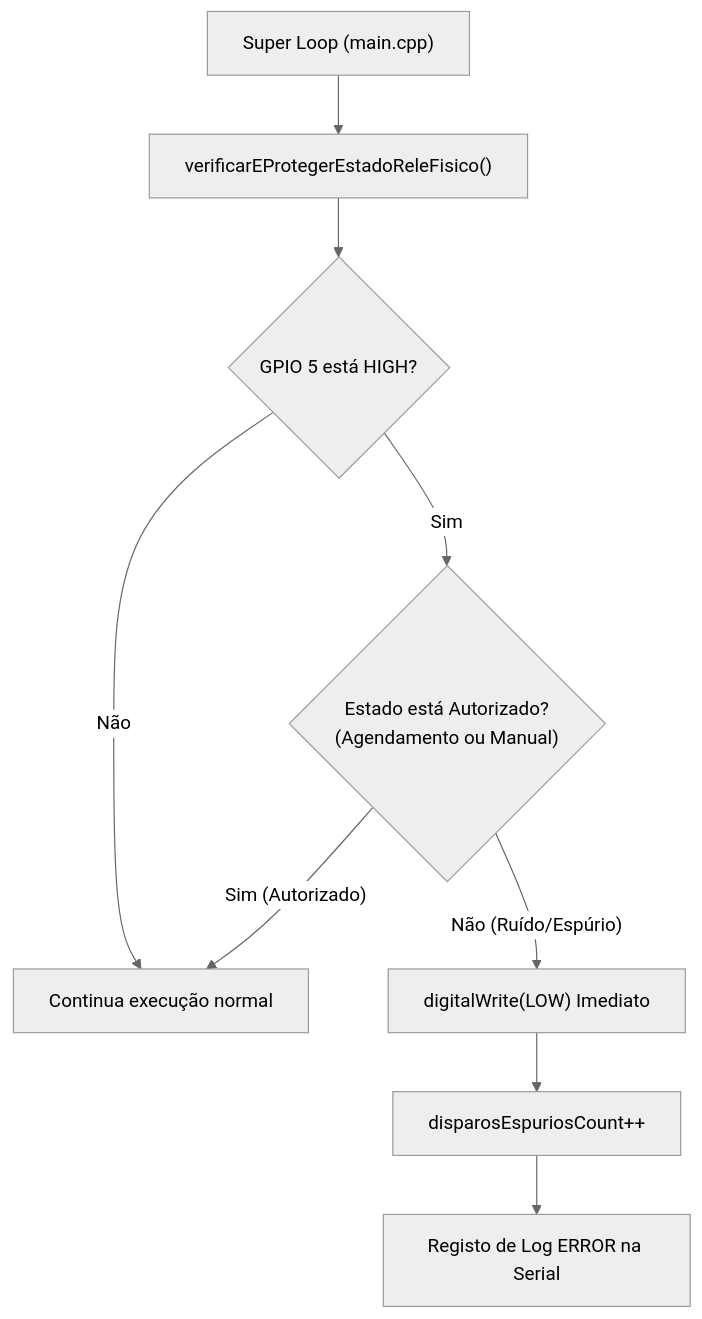
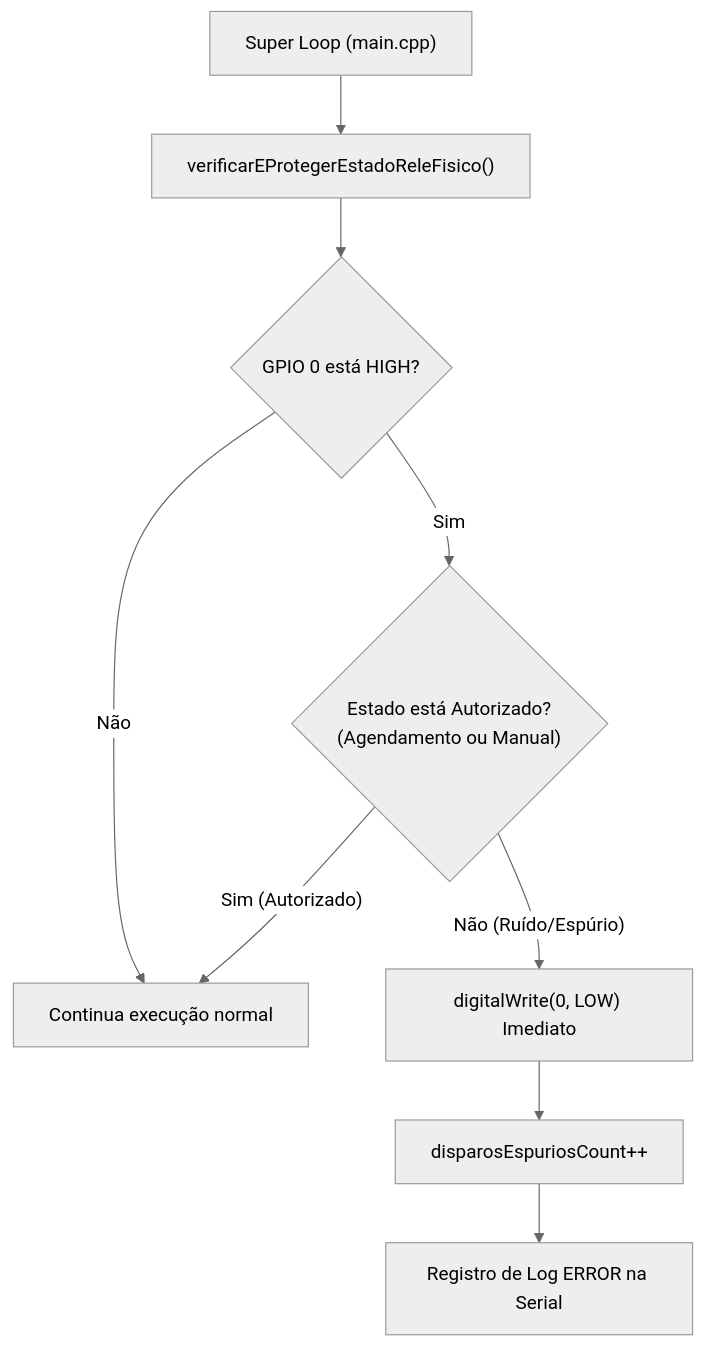
One commit to profRonaldoIFPI/IrrigaSolo_ESP01s changed the second of 2 diagrams in src/README.md. Above: the diagram before and after it, drawn with Mermaid (neutral theme). The commit also changed other lines of this file and 5 other files, not shown here.

````diff
--- a/src/README.md
+++ b/src/README.md
@@ -45,11 +43,11 @@
 ```mermaid
 flowchart TD
     A["Super Loop (main.cpp)"] --> B["verificarEProtegerEstadoReleFisico()"]
-    B --> C{"GPIO 5 está HIGH?"}
+    B --> C{"GPIO 0 está HIGH?"}
     C -- "Não" --> D["Continua execução normal"]
     C -- "Sim" --> E{"Estado está Autorizado?<br>(Agendamento ou Manual)"}
     E -- "Sim (Autorizado)" --> D
-    E -- "Não (Ruído/Espúrio)" --> F["digitalWrite(LOW) Imediato"]
+    E -- "Não (Ruído/Espúrio)" --> F["digitalWrite(0, LOW) Imediato"]
     F --> G["disparosEspuriosCount++"]
-    G --> H["Registo de Log ERROR na Serial"]
+    G --> H["Registro de Log ERROR na Serial"]
 ```
````
